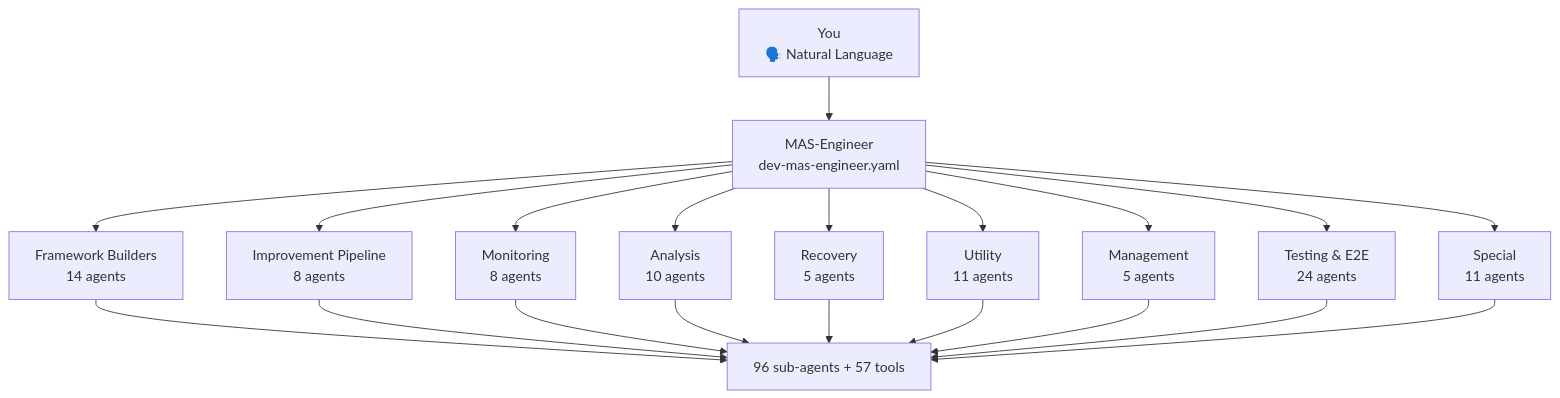
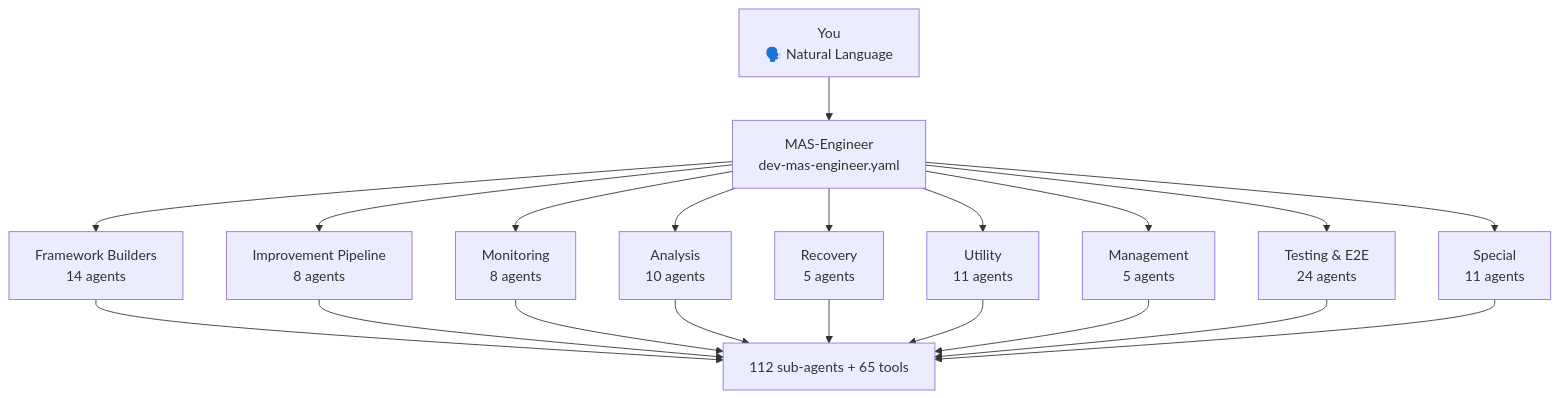
Before and after one commit to mczardybon/mas-engineer: the first of 2 diagrams in docs/index.md, drawn with Mermaid. The commit also changed other lines of this file and 9 other files, not shown here.

````diff
--- a/docs/index.md
+++ b/docs/index.md
@@ -52,14 +52,14 @@
 ```mermaid
 flowchart TD
     YOU["You\n🗣️ Natural Language"] --> ENGINEER["MAS-Engineer\ndev-mas-engineer.yaml"]
     ENGINEER --> FB["Framework Builders\n14 agents"]
     ENGINEER --> IP["Improvement Pipeline\n8 agents"]
     ENGINEER --> MON["Monitoring\n8 agents"]
     ENGINEER --> AN["Analysis\n10 agents"]
     ENGINEER --> REC["Recovery\n5 agents"]
     ENGINEER --> UT["Utility\n11 agents"]
     ENGINEER --> MG["Management\n5 agents"]
     ENGINEER --> TEST["Testing & E2E\n24 agents"]
     ENGINEER --> SPEC["Special\n11 agents"]
-    FB & IP & MON & AN & REC & UT & MG & TEST & SPEC --> TOOLS["96 sub-agents + 57 tools"]
+    FB & IP & MON & AN & REC & UT & MG & TEST & SPEC --> TOOLS["112 sub-agents + 65 tools"]
 ```
````
